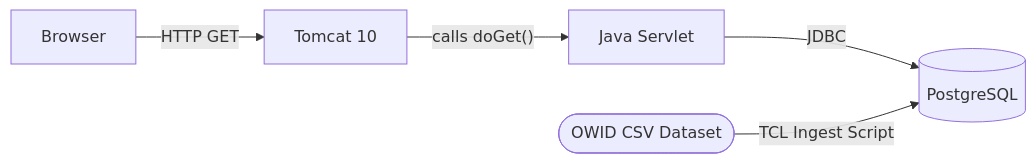
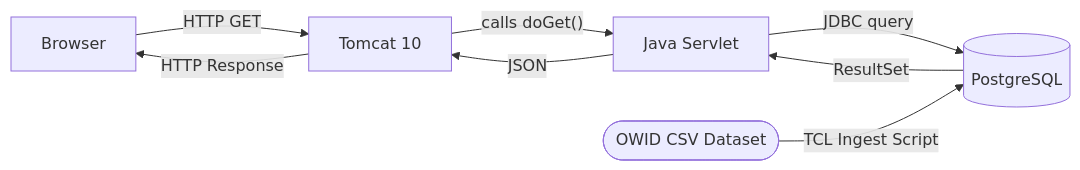
Before and after one commit to Mr-Methodical/energy-project: the diagram in README.md, drawn with Mermaid.

Commit message:
Made two way arrows for diagram

````diff
--- a/README.md
+++ b/README.md
@@ -22,7 +22,10 @@
 ```mermaid
 graph LR
     A[Browser] -->|HTTP GET| B[Tomcat 10]
     B -->|"calls doGet()"| C[Java Servlet]
-    C -->|JDBC| D[(PostgreSQL)]
+    C -->|JDBC query| D[(PostgreSQL)]
     E([OWID CSV Dataset]) -->|TCL Ingest Script| D
+    D -->|ResultSet| C
+    C -->|JSON| B
+    B -->|HTTP Response| A
 ```
````
